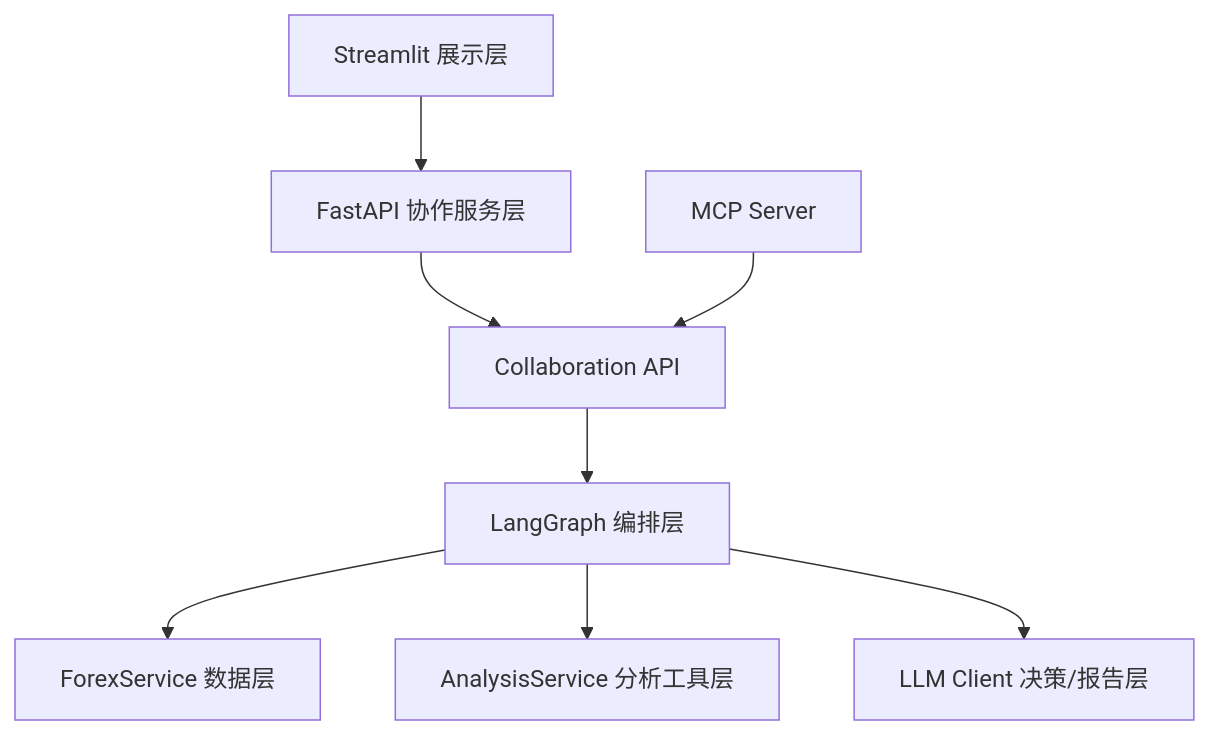
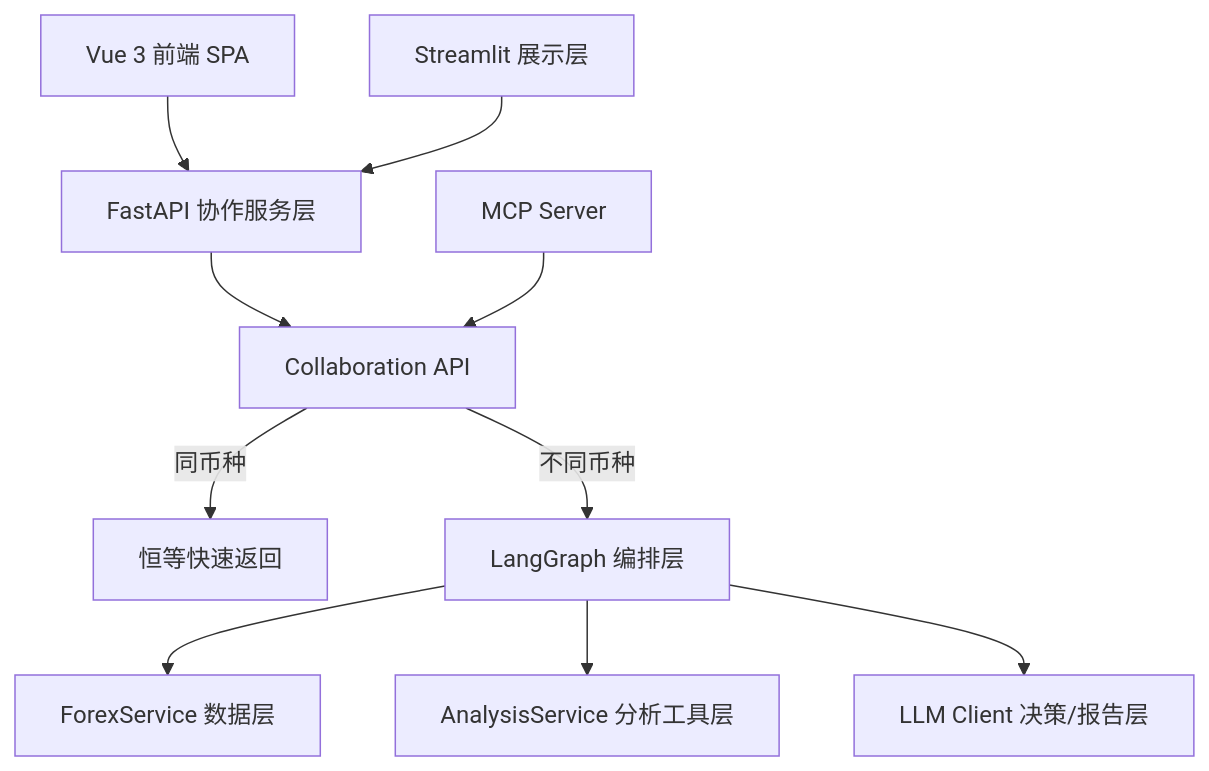
One commit to decouples/forex_agent changed the first of 7 diagrams in README.md. Above: the diagram before and after it, drawn with Mermaid. The commit also changed other lines of this file and 37 other files, not shown here.

````diff
--- a/README.md
+++ b/README.md
@@ -58,10 +55,12 @@
 ```mermaid
 flowchart TB
-    UI[Streamlit 展示层] --> API[FastAPI 协作服务层]
+    VUE[Vue 3 前端 SPA] --> API[FastAPI 协作服务层]
+    ST[Streamlit 展示层] --> API
     API --> COLLAB[Collaboration API]
-    COLLAB --> LG[LangGraph 编排层]
+    COLLAB -->|同币种| IDENTITY[恒等快速返回]
+    COLLAB -->|不同币种| LG[LangGraph 编排层]
     LG --> DATA[ForexService 数据层]
     LG --> ANALYZE[AnalysisService 分析工具层]
     LG --> LLM[LLM Client 决策/报告层]
     MCP[MCP Server] --> COLLAB
 ```
````
